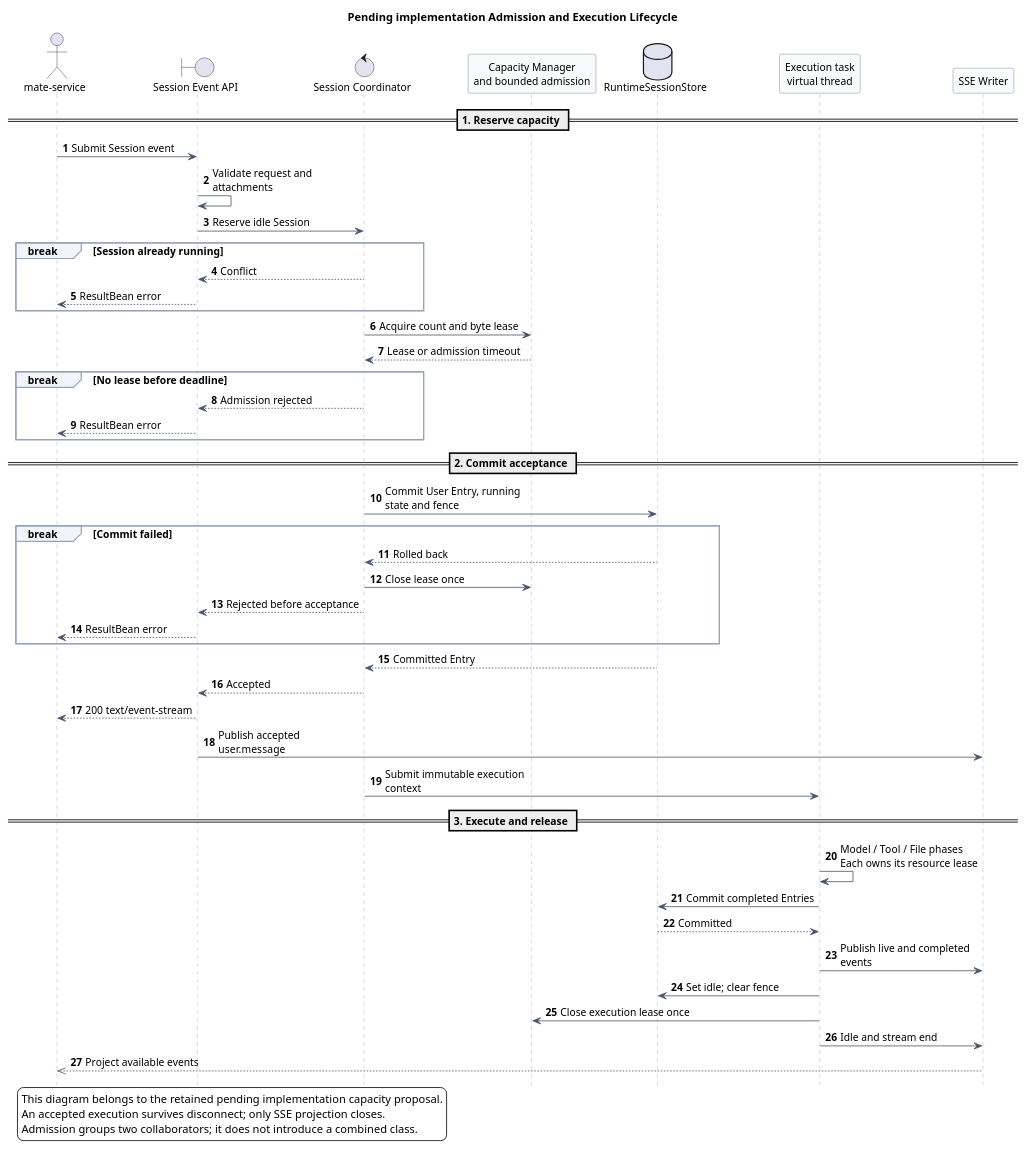
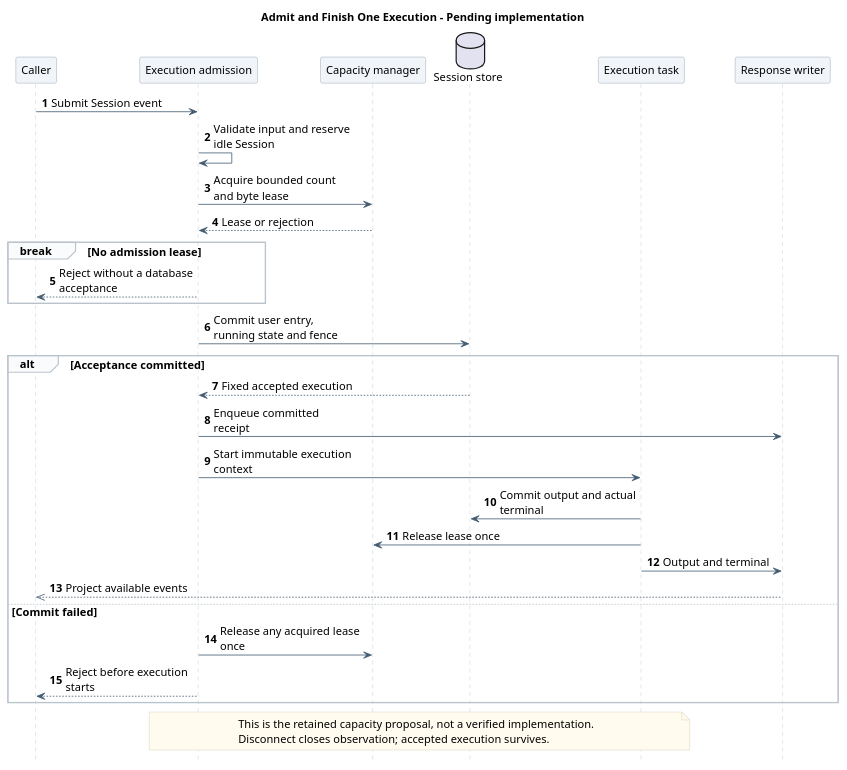
The second of 3 diagrams in 01-总体架构/03-虚拟线程并发管理/diagram.puml (ssm0808/pi-mono-java-design), drawn with PlantUML before and after one commit. The commit also changed other lines of this file and 120 other files, not shown here.

Commit message:
docs(diagrams): 统一全仓职责级时序图表达与校验

```diff
--- a/01-总体架构/03-虚拟线程并发管理/diagram.puml
+++ b/01-总体架构/03-虚拟线程并发管理/diagram.puml
@@ -83,77 +83,57 @@
 @startuml execution_admission_and_lifecycle
 ' Source evidence:
 ' modules/agent-core/src/main/java/com/campusclaw/agent/Agent.java, startExecution
 ' modules/coding-agent-cli/src/main/java/com/campusclaw/codingagent/session/AgentSession.java, prompt and abort
 ' Observed behavior: one Agent execution is protected by a lock and runs asynchronously.
 ' Architecture change: add transactional acceptance and deployment-level capacity leases.
 ' Design reason: acceptance must survive an HTTP disconnect without exposing an execution resource.
-title Pending implementation Admission and Execution Lifecycle
+' Presentation: one responsibility-level scenario; implementation details remain in the linked document.
+skinparam backgroundColor white
+skinparam defaultFontName SansSerif
+skinparam defaultFontSize 14
+skinparam shadowing false
+skinparam sequenceMessageAlign left
+skinparam maxMessageSize 180
+skinparam sequenceArrowColor #425B70
+skinparam sequenceLifeLineBorderColor #BAC4CC
+skinparam sequenceParticipantBackgroundColor #F1F5F9
+skinparam sequenceParticipantBorderColor #8496A4
+skinparam sequenceGroupBackgroundColor #FAFBFC
+skinparam sequenceGroupBorderColor #BAC4CC
+skinparam noteBackgroundColor #FFFBEF
+skinparam noteBorderColor #D2C6A5
+hide footbox
 autonumber
-hide footbox
-skinparam backgroundColor white
-skinparam shadowing false
-skinparam defaultFontSize 13
-skinparam maxMessageSize 190
-skinparam BoxPadding 10
-skinparam sequence {
-  ArrowColor #475569
-  LifeLineBorderColor #94A3B8
-  ParticipantBorderColor #64748B
-  ParticipantBackgroundColor #F8FAFC
-  GroupBorderColor #94A3B8
-  GroupBackgroundColor #F1F5F9
-}
 
-actor "mate-service" as Client
-boundary "Session Event API" as API
-control "Session Coordinator" as Session
-participant "Capacity Manager\nand bounded admission" as Capacity
-database "RuntimeSessionStore" as Store
-participant "Execution task\nvirtual thread" as Task
-participant "SSE Writer" as SSE
-
-== 1. Reserve capacity ==
-Client -> API : Submit Session event
-API -> API : Validate request and attachments
-API -> Session : Reserve idle Session
-break Session already running
-  Session --> API : Conflict
-  API --> Client : ResultBean error
+title Admit and Finish One Execution - Pending implementation
+participant Caller
+participant "Execution admission" as Admission
+participant "Capacity manager" as Capacity
+database "Session store" as Store
+participant "Execution task" as Task
+participant "Response writer" as Response
+Caller -> Admission : Submit Session event
+Admission -> Admission : Validate input and reserve idle Session
+Admission -> Capacity : Acquire bounded count and byte lease
+Capacity --> Admission : Lease or rejection
+break No admission lease
+  Admission --> Caller : Reject without a database acceptance
 end
-Session -> Capacity : Acquire count and byte lease
-Capacity --> Session : Lease or admission timeout
-break No lease before deadline
-  Session --> API : Admission rejected
-  API --> Client : ResultBean error
+Admission -> Store : Commit user entry, running state and fence
+alt Acceptance committed
+  Store --> Admission : Fixed accepted execution
+  Admission -> Response : Enqueue committed receipt
+  Admission -> Task : Start immutable execution context
+  Task -> Store : Commit output and actual terminal
+  Task -> Capacity : Release lease once
+  Task -> Response : Output and terminal
+  Response -->> Caller : Project available events
+else Commit failed
+  Admission -> Capacity : Release any acquired lease once
+  Admission --> Caller : Reject before execution starts
 end
-
-== 2. Commit acceptance ==
-Session -> Store : Commit User Entry, running state and fence
-break Commit failed
-  Store --> Session : Rolled back
-  Session -> Capacity : Close lease once
-  Session --> API : Rejected before acceptance
-  API --> Client : ResultBean error
-end
-  Store --> Session : Committed Entry
-  Session --> API : Accepted
-  API --> Client : 200 text/event-stream
-  API -> SSE : Publish accepted user.message
-Session -> Task : Submit immutable execution context
-
-== 3. Execute and release ==
-Task -> Task : Model / Tool / File phases\nEach owns its resource lease
-Task -> Store : Commit completed Entries
-Store --> Task : Committed
-Task -> SSE : Publish live and completed events
-Task -> Store : Set idle; clear fence
-Task -> Capacity : Close execution lease once
-Task -> SSE : Idle and stream end
-SSE -->> Client : Project available events
-
-legend bottom left
-This diagram belongs to the retained pending implementation capacity proposal.
-An accepted execution survives disconnect; only SSE projection closes.
-Admission groups two collaborators; it does not introduce a combined class.
-endlegend
+note over Admission,Task
+  This is the retained capacity proposal, not a verified implementation.
+  Disconnect closes observation; accepted execution survives.
+end note
 @enduml
```
